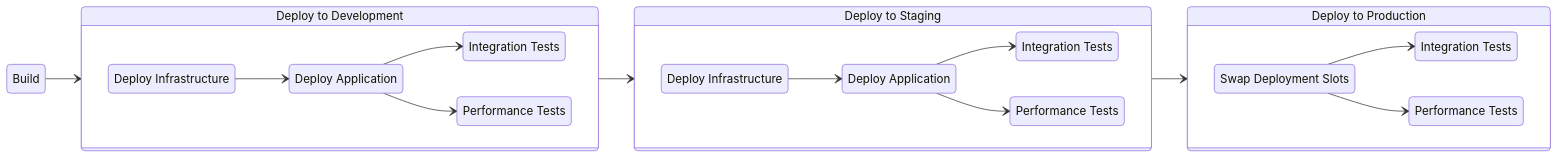
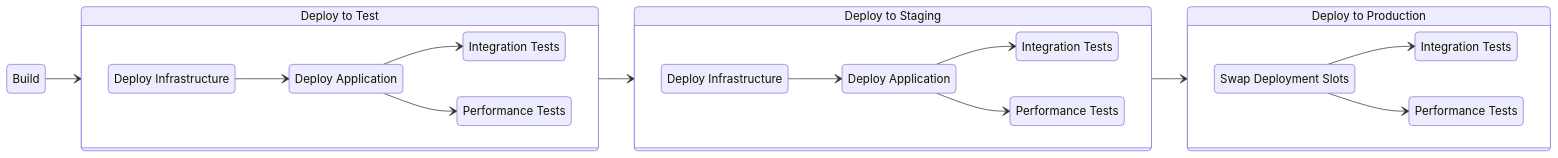
The second of 2 diagrams in README.md (msfred/github-actions-bicep), drawn with Mermaid before and after one commit.

````diff
--- a/README.md
+++ b/README.md
@@ -61,42 +61,42 @@
 ```mermaid
 stateDiagram
   direction LR
   J1: Build
-  J2: Deploy to Development
+  J2: Deploy to Test
   J21: Deploy Infrastructure
   J22: Deploy Application
   J23: Integration Tests
   J24: Performance Tests
   J3: Deploy to Staging
   J31: Deploy Infrastructure
   J32: Deploy Application
   J33: Integration Tests
   J34: Performance Tests
   J4: Deploy to Production
   J41: Swap Deployment Slots
   J43: Integration Tests
   J44: Performance Tests
 
   J1 --> J2
   state J2 {
     direction LR
     J21 --> J22
     J22 --> J23
     J22 --> J24
   }
 
   J2 --> J3
   state J3 {
     direction LR
     J31 --> J32
     J32 --> J33
     J32 --> J34
   }
 
   J3 --> J4
   state J4 {
     direction LR
     J41 --> J43
     J41 --> J44
   }
 ```
````
